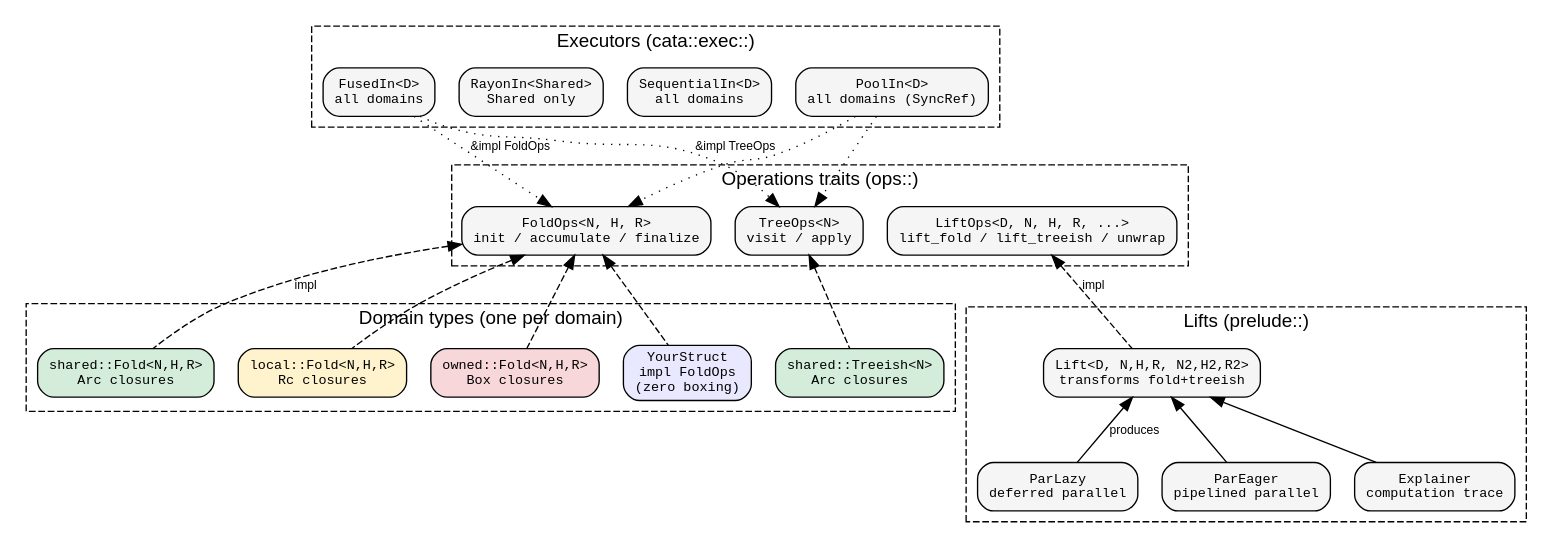
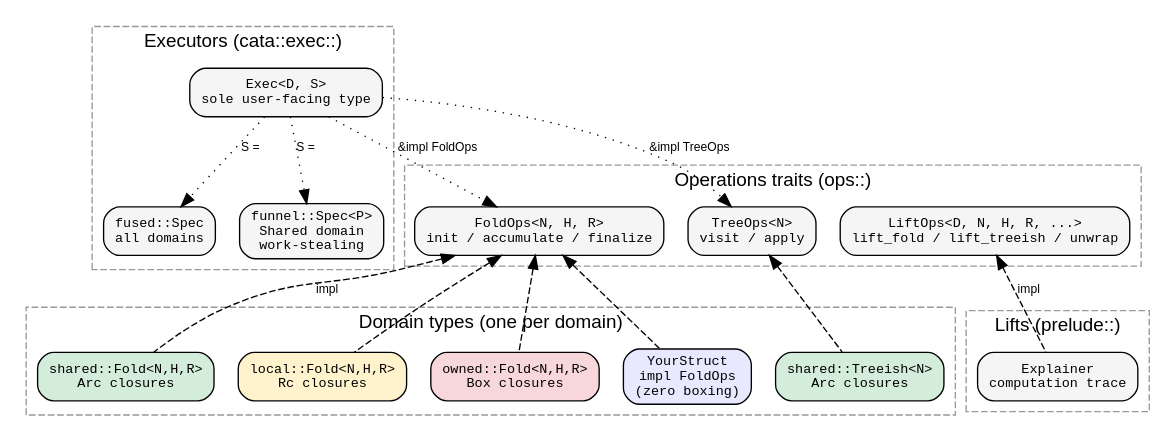
The second of 3 diagrams in book/src/guides/concept_map.md (hylic-recursion/hylic-docs), drawn with Graphviz before and after one commit. The commit also changed other lines of this file and 57 other files, not shown here.

````diff
--- a/book/src/guides/concept_map.md
+++ b/book/src/guides/concept_map.md
@@ -60,67 +58,60 @@
 ```dot process
 digraph {
     rankdir=TB;
     node [shape=box, style="rounded,filled", fillcolor="#f5f5f5", fontname="monospace", fontsize=10];
     edge [fontname="sans-serif", fontsize=9];
 
     subgraph cluster_traits {
         label="Operations traits (ops::)";
-        style=dashed; color="#999";
+        style=dashed; color="#999999";
         fontname="sans-serif";
 
         FoldOps [label="FoldOps<N, H, R>\ninit / accumulate / finalize"];
         TreeOps [label="TreeOps<N>\nvisit / apply"];
         LiftOps [label="LiftOps<D, N, H, R, ...>\nlift_fold / lift_treeish / unwrap"];
     }
 
     subgraph cluster_concrete {
         label="Domain types (one per domain)";
-        style=dashed; color="#999";
+        style=dashed; color="#999999";
         fontname="sans-serif";
 
         SharedFold [label="shared::Fold<N,H,R>\nArc closures", fillcolor="#d4edda"];
         SharedTree [label="shared::Treeish<N>\nArc closures", fillcolor="#d4edda"];
         LocalFold [label="local::Fold<N,H,R>\nRc closures", fillcolor="#fff3cd"];
         OwnedFold [label="owned::Fold<N,H,R>\nBox closures", fillcolor="#f8d7da"];
         UserStruct [label="YourStruct\nimpl FoldOps\n(zero boxing)", fillcolor="#e8e8ff"];
     }
 
     subgraph cluster_executors {
         label="Executors (cata::exec::)";
-        style=dashed; color="#999";
+        style=dashed; color="#999999";
         fontname="sans-serif";
 
-        FusedIn [label="FusedIn<D>\nall domains"];
-        SeqIn [label="SequentialIn<D>\nall domains"];
-        RayonIn [label="RayonIn<Shared>\nShared only"];
-        PoolIn [label="PoolIn<D>\nall domains (SyncRef)"];
+        ExecDS [label="Exec<D, S>\nsole user-facing type"];
+        FusedSpec [label="fused::Spec\nall domains"];
+        FunnelSpec [label="funnel::Spec<P>\nShared domain\nwork-stealing"];
     }
 
     subgraph cluster_lifts {
         label="Lifts (prelude::)";
-        style=dashed; color="#999";
+        style=dashed; color="#999999";
         fontname="sans-serif";
 
-        Lift [label="Lift<D, N,H,R, N2,H2,R2>\ntransforms fold+treeish"];
-        ParLazy [label="ParLazy\ndeferred parallel"];
-        ParEager [label="ParEager\npipelined parallel"];
         Explainer [label="Explainer\ncomputation trace"];
     }
 
     FoldOps -> SharedFold [dir=back, style=dashed, label="impl"];
     FoldOps -> LocalFold [dir=back, style=dashed];
     FoldOps -> OwnedFold [dir=back, style=dashed];
     FoldOps -> UserStruct [dir=back, style=dashed];
     TreeOps -> SharedTree [dir=back, style=dashed];
-    LiftOps -> Lift [dir=back, style=dashed, label="impl"];
 
-    FusedIn -> FoldOps [label="&impl FoldOps", style=dotted];
-    FusedIn -> TreeOps [label="&impl TreeOps", style=dotted];
-    PoolIn -> FoldOps [style=dotted];
-    PoolIn -> TreeOps [style=dotted];
+    ExecDS -> FusedSpec [label="S =", style=dotted];
+    ExecDS -> FunnelSpec [label="S =", style=dotted];
+    ExecDS -> FoldOps [label="&impl FoldOps", style=dotted];
+    ExecDS -> TreeOps [label="&impl TreeOps", style=dotted];
 
-    Lift -> ParLazy [dir=back, label="produces"];
-    Lift -> ParEager [dir=back];
-    Lift -> Explainer [dir=back];
+    LiftOps -> Explainer [dir=back, style=dashed, label="impl"];
 }
 ```
````
